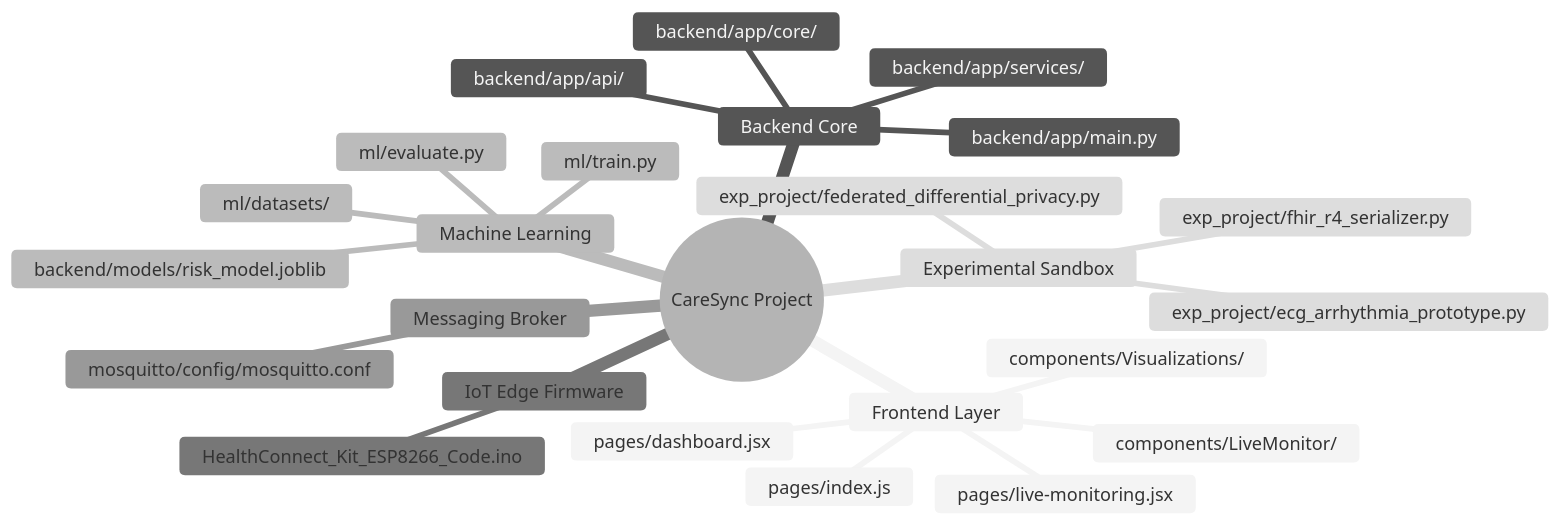
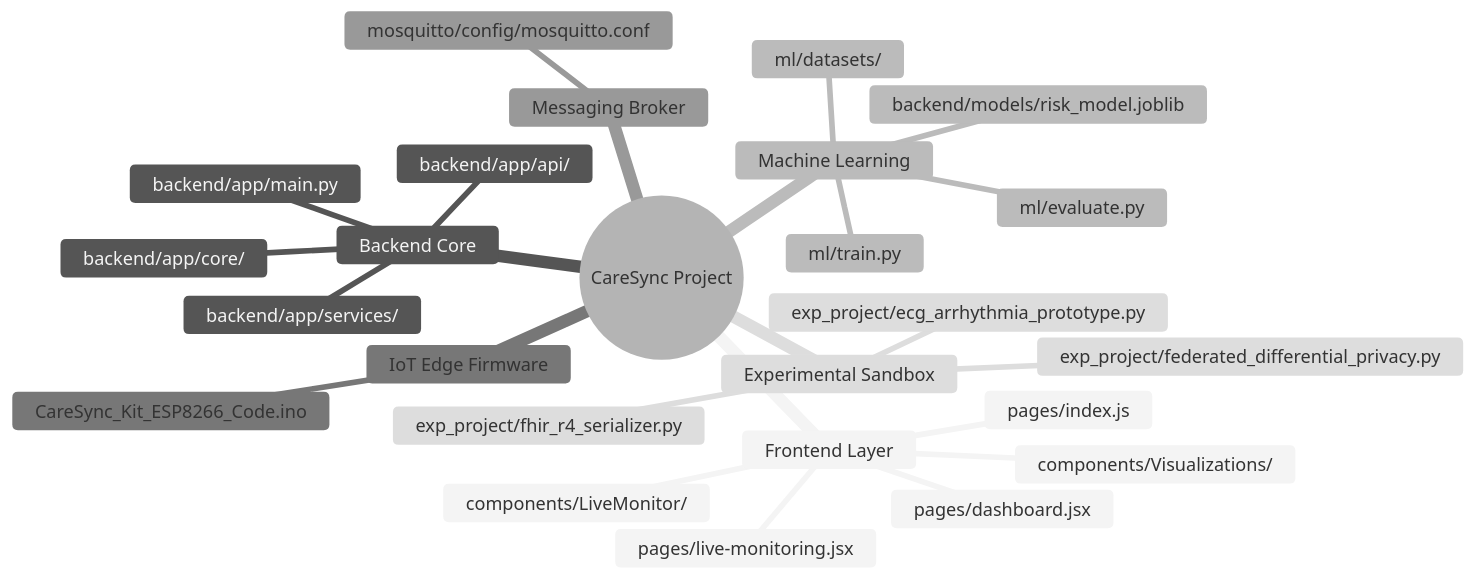
The diagram in architecture-project/18-project-module-map.md (Pranjal-k22/CareSync), drawn with Mermaid (neutral theme) before and after one commit. The commit also changed 41 other files, not shown here.

````diff
--- a/architecture-project/18-project-module-map.md
+++ b/architecture-project/18-project-module-map.md
@@ -6,28 +6,28 @@
 ```mermaid
 mindmap
   root((CareSync Project))
     Frontend Layer
       pages/index.js
       pages/dashboard.jsx
       pages/live-monitoring.jsx
       components/LiveMonitor/
       components/Visualizations/
     Backend Core
       backend/app/main.py
       backend/app/api/
       backend/app/core/
       backend/app/services/
     Machine Learning
       ml/train.py
       ml/evaluate.py
       ml/datasets/
       backend/models/risk_model.joblib
     IoT Edge Firmware
-      HealthConnect_Kit_ESP8266_Code.ino
+      CareSync_Kit_ESP8266_Code.ino
     Messaging Broker
       mosquitto/config/mosquitto.conf
     Experimental Sandbox
       exp_project/ecg_arrhythmia_prototype.py
       exp_project/fhir_r4_serializer.py
       exp_project/federated_differential_privacy.py
 ```
````
